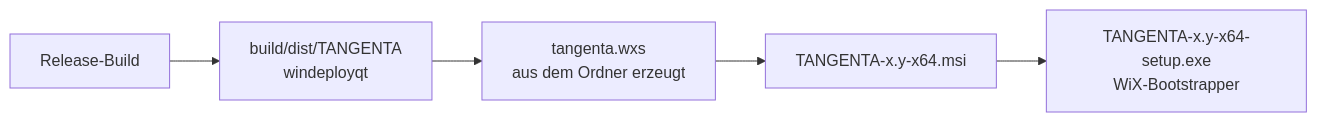
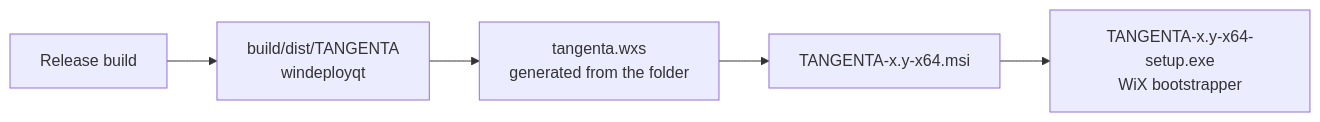
Before and after one commit to roli8200/tangenta: the third of 4 diagrams in BUILD.md, drawn with Mermaid. The commit also changed other lines of this file and 28 other files, not shown here.

````diff
--- a/BUILD.md
+++ b/BUILD.md
@@ -518,7 +516,7 @@
 ```mermaid
 flowchart LR
-    b[Release-Build] --> d[build/dist/TANGENTA<br/>windeployqt]
-    d --> w[tangenta.wxs<br/>aus dem Ordner erzeugt]
+    b[Release build] --> d[build/dist/TANGENTA<br/>windeployqt]
+    d --> w[tangenta.wxs<br/>generated from the folder]
     w --> m[TANGENTA-x.y-x64.msi]
-    m --> s[TANGENTA-x.y-x64-setup.exe<br/>WiX-Bootstrapper]
+    m --> s[TANGENTA-x.y-x64-setup.exe<br/>WiX bootstrapper]
 ```
````
